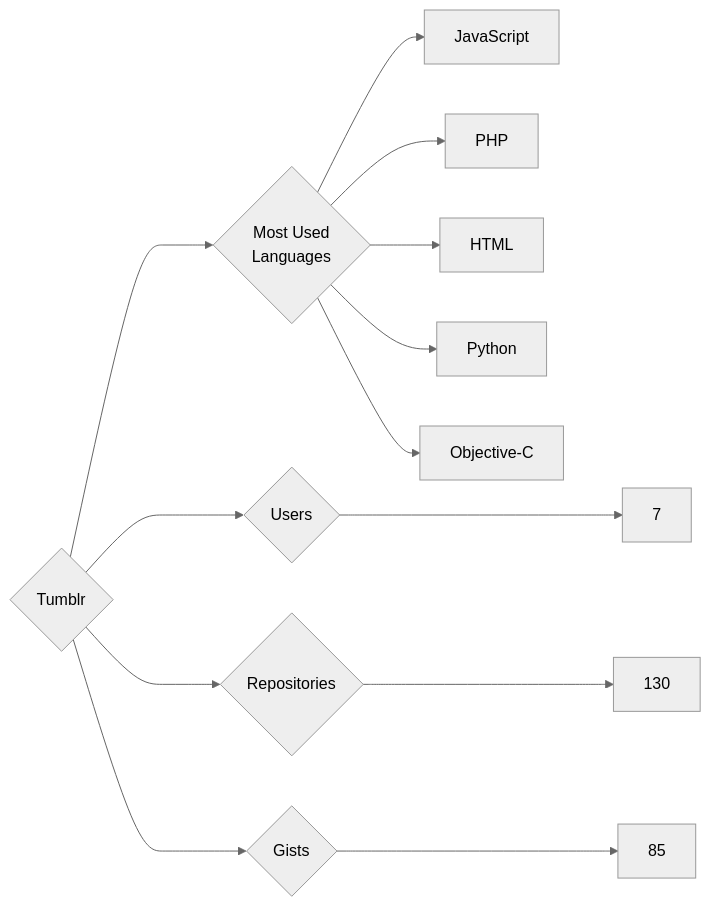
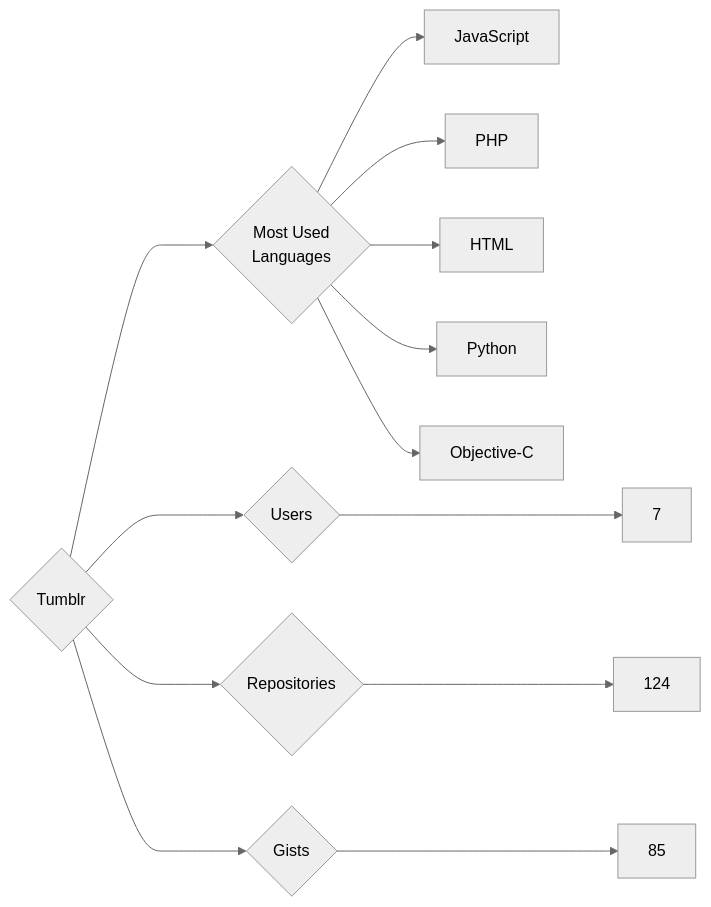
One commit to trickest/insiders changed the diagram in targets/Tumblr/README.md. Above: the diagram before and after it, drawn with Mermaid (neutral theme). The commit also changed 928 other files, not shown here.

````diff
--- a/targets/Tumblr/README.md
+++ b/targets/Tumblr/README.md
@@ -3,13 +3,13 @@
 ```mermaid
 graph LR
 COMPANY_NAME{Tumblr}
 COMPANY_NAME ---> U{Users} ---> UN[7]
-COMPANY_NAME ---> R{Repositories} ---> RN[130]
+COMPANY_NAME ---> R{Repositories} ---> RN[124]
 COMPANY_NAME ---> G{Gists} ---> GN[85]
 COMPANY_NAME ---> ML{Most Used<br>Languages}
 ML --> JavaScript[JavaScript]
 ML --> PHP[PHP]
 ML --> HTML[HTML]
 ML --> Python[Python]
 ML --> Objective-C[Objective-C]
 ```
````
